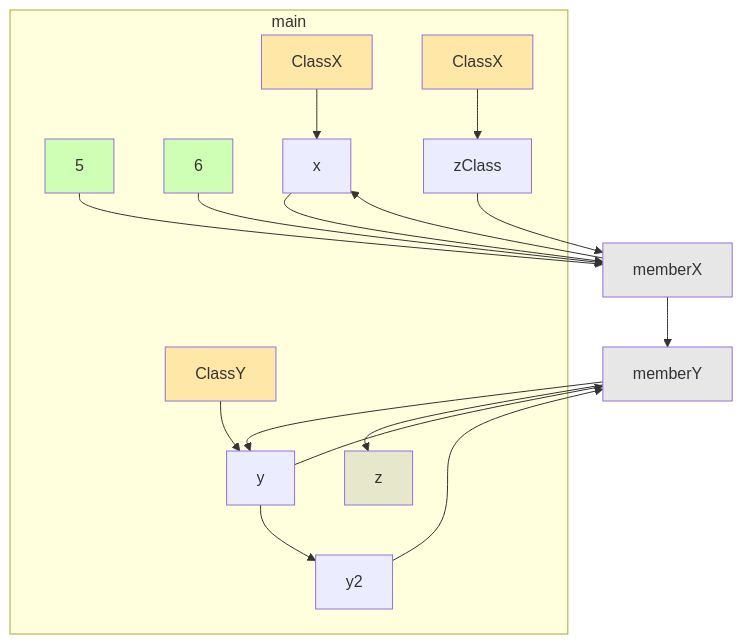
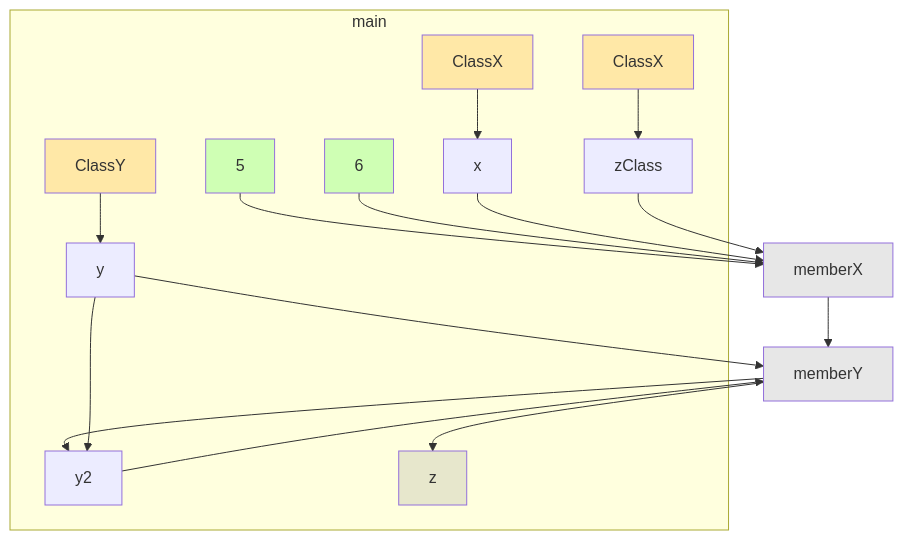
The diagram in app/src/test/resources/files/spike-truth.md (gstiebler/codeflow), drawn with Mermaid before and after one commit. The commit also changed 46 other files, not shown here.

````diff
--- a/app/src/test/resources/files/spike-truth.md
+++ b/app/src/test/resources/files/spike-truth.md
@@ -3,38 +3,37 @@
 ```mermaid
 flowchart TD
   subgraph m0["main"]
     n0["ClassX"]:::EXTERNAL
     n1["ClassX"]:::EXTERNAL
     n2["ClassY"]:::EXTERNAL
     n3["5"]:::LITERAL
     n4["6"]:::LITERAL
     n5["x"]:::OBJ_VARIABLE
-    n6["y"]:::OBJ_VARIABLE
-    n7["y2"]:::OBJ_VARIABLE
-    n8["z"]:::VARIABLE
-    n9["zClass"]:::OBJ_VARIABLE
+    n6["y2"]:::OBJ_VARIABLE
+    n7["y"]:::OBJ_VARIABLE
+    n8["zClass"]:::OBJ_VARIABLE
+    n9["z"]:::VARIABLE
   end
   n10["memberX"]:::VARIABLE
   n11["memberY"]:::VARIABLE
   n0 --> n5
-  n1 --> n9
+  n1 --> n8
   n10 --> n11
-  n10 --> n5
   n11 --> n6
-  n11 --> n8
-  n2 --> n6
+  n11 --> n9
+  n2 --> n7
   n3 --> n10
   n4 --> n10
   n5 --> n10
   n6 --> n11
-  n6 --> n7
   n7 --> n11
-  n9 --> n10
+  n7 --> n6
+  n8 --> n10
   classDef LITERAL fill:#00FF0030
   classDef VARIABLE fill:#80808030
   classDef BIN_OP fill:#80808080
   classDef FUNC_PARAM fill:#8080FF30
   classDef RETURN fill:#FF808080
   classDef EXTERNAL fill:#FFA50040
   classDef UNMODELLED fill:#FF000030,stroke-dasharray: 4 2
 ```
````
